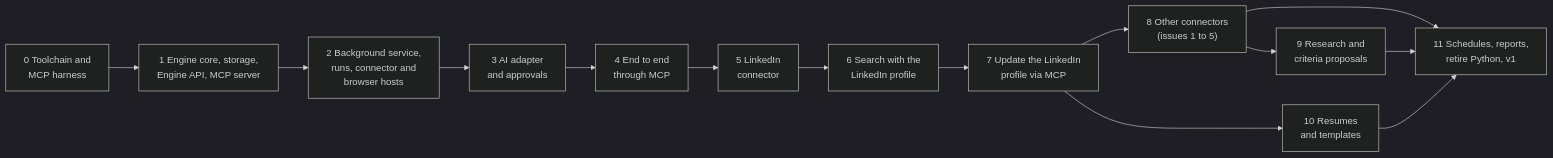
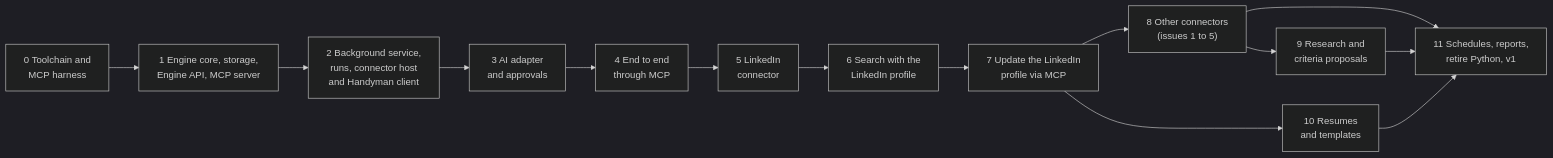
The diagram in docs/execution-plan.md (VasanthAmana/job-seeker), drawn with Mermaid (dark theme) before and after one commit. The commit also changed other lines of this file and 2 other files, not shown here.

First line of the commit message:
docs: move job-seeker browser work to Handyman compartments (#10)

````diff
--- a/docs/execution-plan.md
+++ b/docs/execution-plan.md
@@ -9,16 +9,16 @@
 ```mermaid
 flowchart LR
   P0["0 Toolchain and<br/>MCP harness"] --> P1["1 Engine core, storage,<br/>Engine API, MCP server"]
-  P1 --> P2["2 Background service,<br/>runs, connector and<br/>browser hosts"]
+  P1 --> P2["2 Background service,<br/>runs, connector host<br/>and Handyman client"]
   P2 --> P3["3 AI adapter<br/>and approvals"]
   P3 --> P4["4 End to end<br/>through MCP"]
   P4 --> P5["5 LinkedIn<br/>connector"]
   P5 --> P6["6 Search with the<br/>LinkedIn profile"]
   P6 --> P7["7 Update the LinkedIn<br/>profile via MCP"]
   P7 --> P8["8 Other connectors<br/>(issues 1 to 5)"]
   P7 --> P10["10 Resumes<br/>and templates"]
   P8 --> P9["9 Research and<br/>criteria proposals"]
   P8 --> P11["11 Schedules, reports,<br/>retire Python, v1"]
   P9 --> P11
   P10 --> P11
 ```
````
